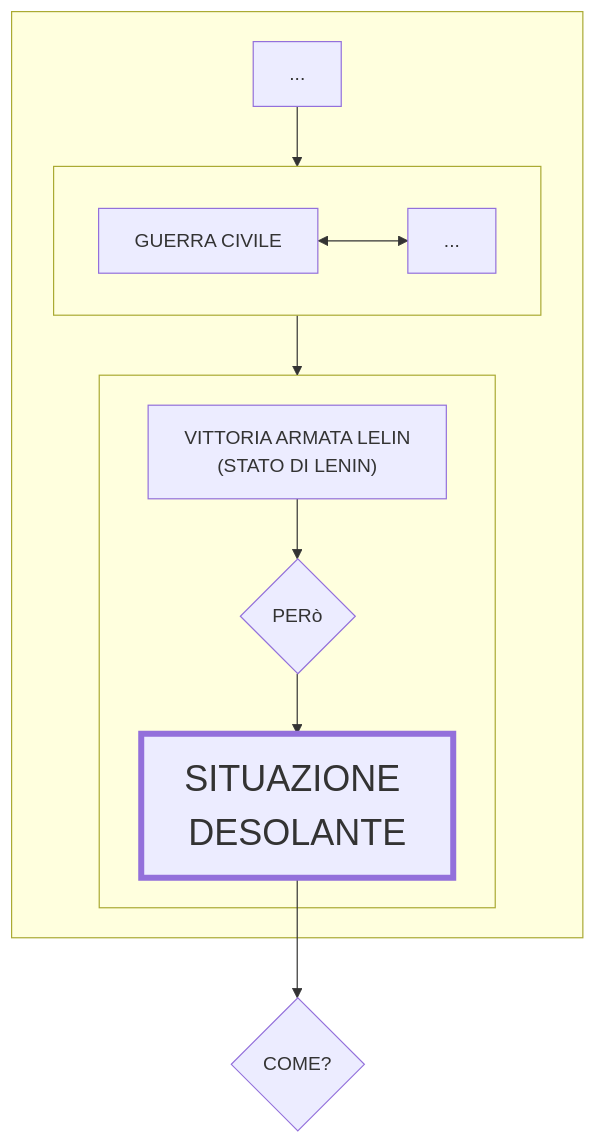
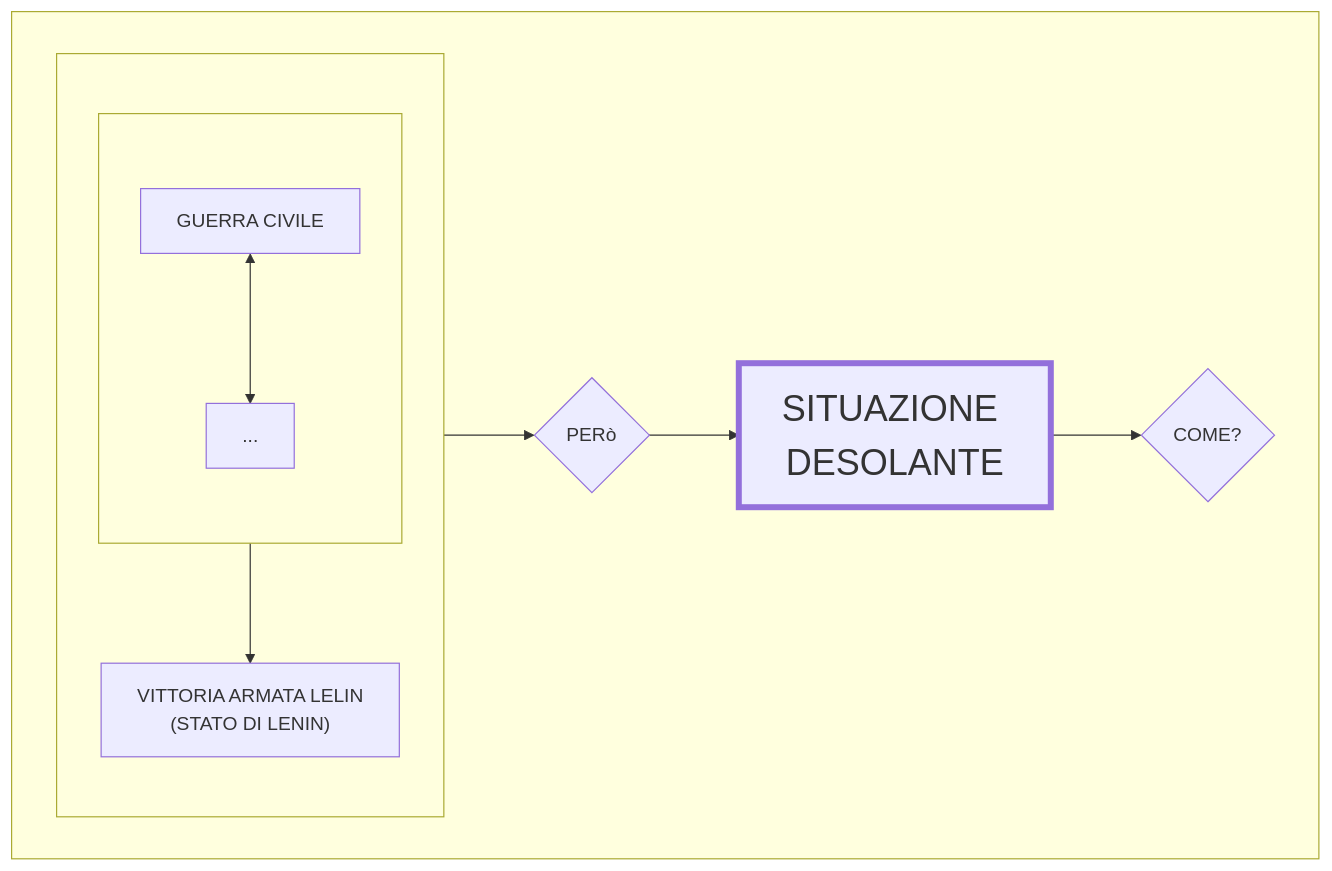
One commit to Laaouatni/ricerca-storia-MermaidJS changed the diagram in prova.md. Above: the diagram before and after it, drawn with Mermaid.

````diff
--- a/prova.md
+++ b/prova.md
@@ -1,22 +1,20 @@
 ```mermaid
 flowchart TB
     classDef classGrande font-size: 30px, stroke-width: 5px;
-
-    subgraph 016[" "]
-      0[...]
-      subgraph 01[" "]
-        010[GUERRA CIVILE]
-        0100[...]
-        010 <--> 0100
+    subgraph 017[" "]
+      subgraph 016[" "]
+        subgraph 01[" "]
+          010[GUERRA CIVILE]
+          0100[...]
+          010 <--> 0100
+        end
+        011["VITTORIA ARMATA LELIN <br> (STATO DI LENIN)"]
+        01 --> 011
       end
-      subgraph 015[" "]
-        011["VITTORIA ARMATA LELIN <br> (STATO DI LENIN)"]
-        012{PERò}
-        013[SITUAZIONE DESOLANTE]:::classGrande
-      end
-      0 --> 01 --> 015 
-      011 --> 012 --> 013
+      016 --> 012 --> 013
+      012{PERò}
+      013[SITUAZIONE DESOLANTE]:::classGrande
+      014{COME?}
+      013 --> 014
     end
-      014{COME?}
-    013 --> 014
 ```
````
